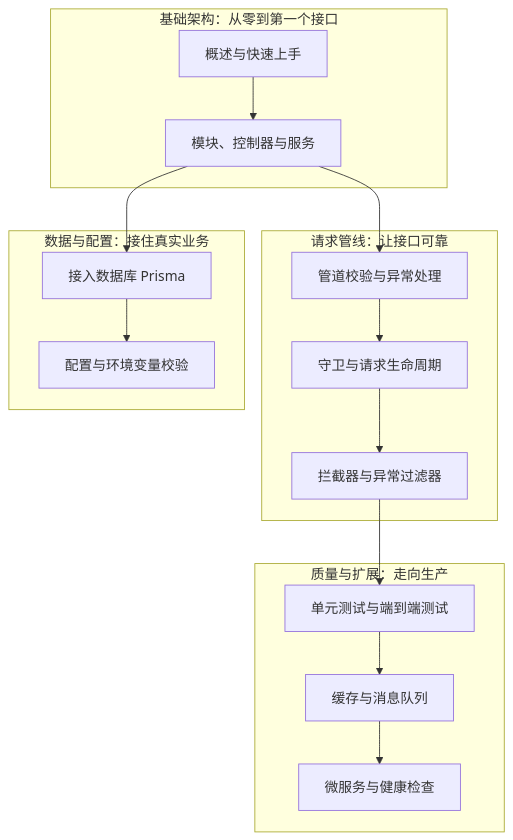
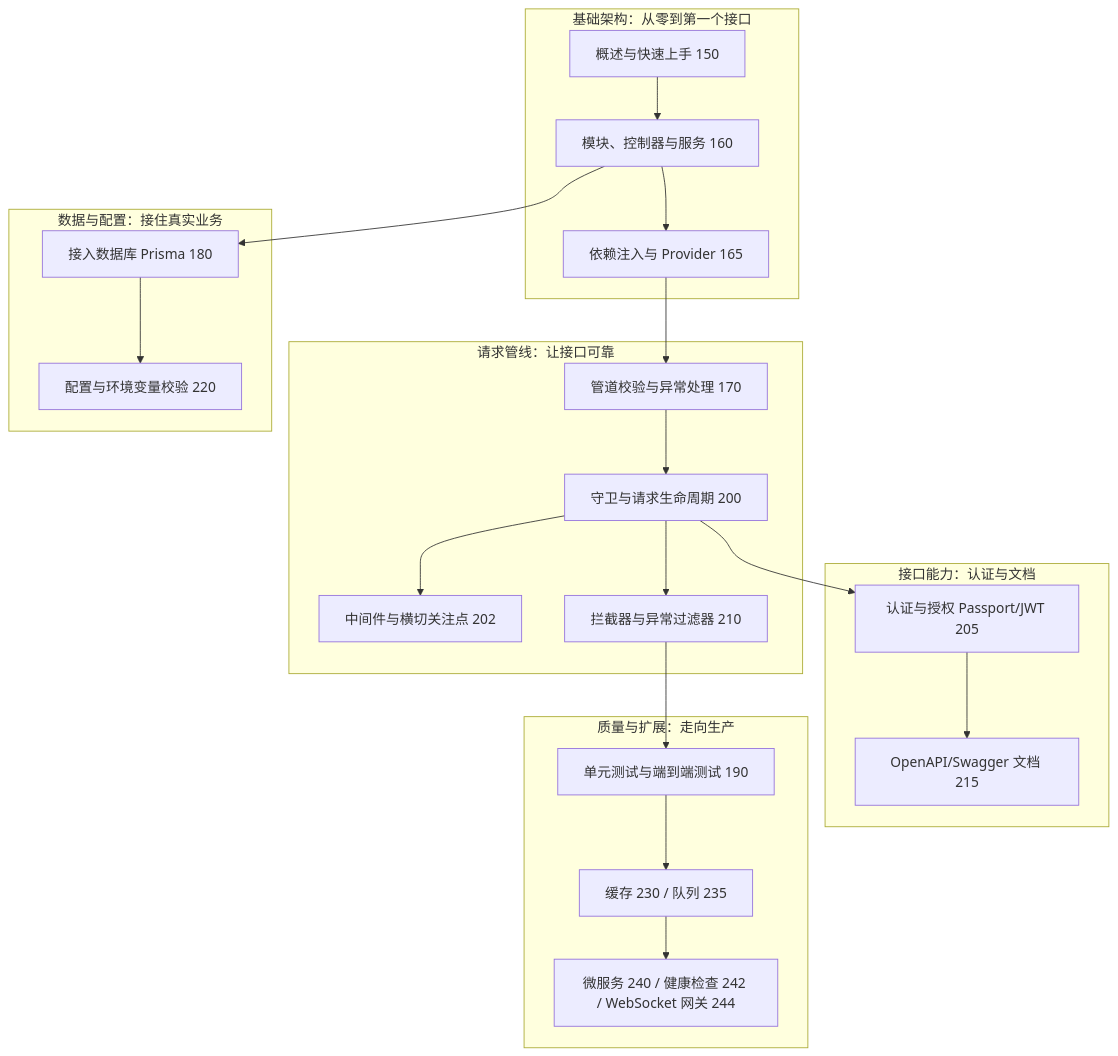
One commit to fanquanpp/FANDEX changed the diagram in cnt-content/full/041-nestjs/250-NestjsLearningSummary.md. Above: the diagram before and after it, drawn with Mermaid. The commit also changed other lines of this file and 1880 other files, not shown here.

````diff
--- a/cnt-content/full/041-nestjs/250-NestjsLearningSummary.md
+++ b/cnt-content/full/041-nestjs/250-NestjsLearningSummary.md
@@ -33,30 +44,40 @@
 ```mermaid
 flowchart TD
   subgraph basics["基础架构：从零到第一个接口"]
-    A["概述与快速上手"]
-    B["模块、控制器与服务"]
+    A["概述与快速上手 150"]
+    B["模块、控制器与服务 160"]
+    B2["依赖注入与 Provider 165"]
   end
   subgraph pipeline["请求管线：让接口可靠"]
-    C["管道校验与异常处理"]
-    D["守卫与请求生命周期"]
-    E["拦截器与异常过滤器"]
+    C["管道校验与异常处理 170"]
+    D["守卫与请求生命周期 200"]
+    D2["中间件与横切关注点 202"]
+    E["拦截器与异常过滤器 210"]
+  end
+  subgraph api["接口能力：认证与文档"]
+    E2["认证与授权 Passport/JWT 205"]
+    E3["OpenAPI/Swagger 文档 215"]
   end
   subgraph infra["数据与配置：接住真实业务"]
-    F["接入数据库 Prisma"]
-    G["配置与环境变量校验"]
+    F["接入数据库 Prisma 180"]
+    G["配置与环境变量校验 220"]
   end
   subgraph advance["质量与扩展：走向生产"]
-    H["单元测试与端到端测试"]
-    I["缓存与消息队列"]
-    J["微服务与健康检查"]
+    H["单元测试与端到端测试 190"]
+    I["缓存 230 / 队列 235"]
+    J["微服务 240 / 健康检查 242 / WebSocket 网关 244"]
   end
   A --> B
-  B --> C
+  B --> B2
+  B2 --> C
   C --> D
+  D --> D2
   D --> E
+  D --> E2
+  E2 --> E3
   B --> F
   F --> G
   E --> H
   H --> I
   I --> J
 ```
````
